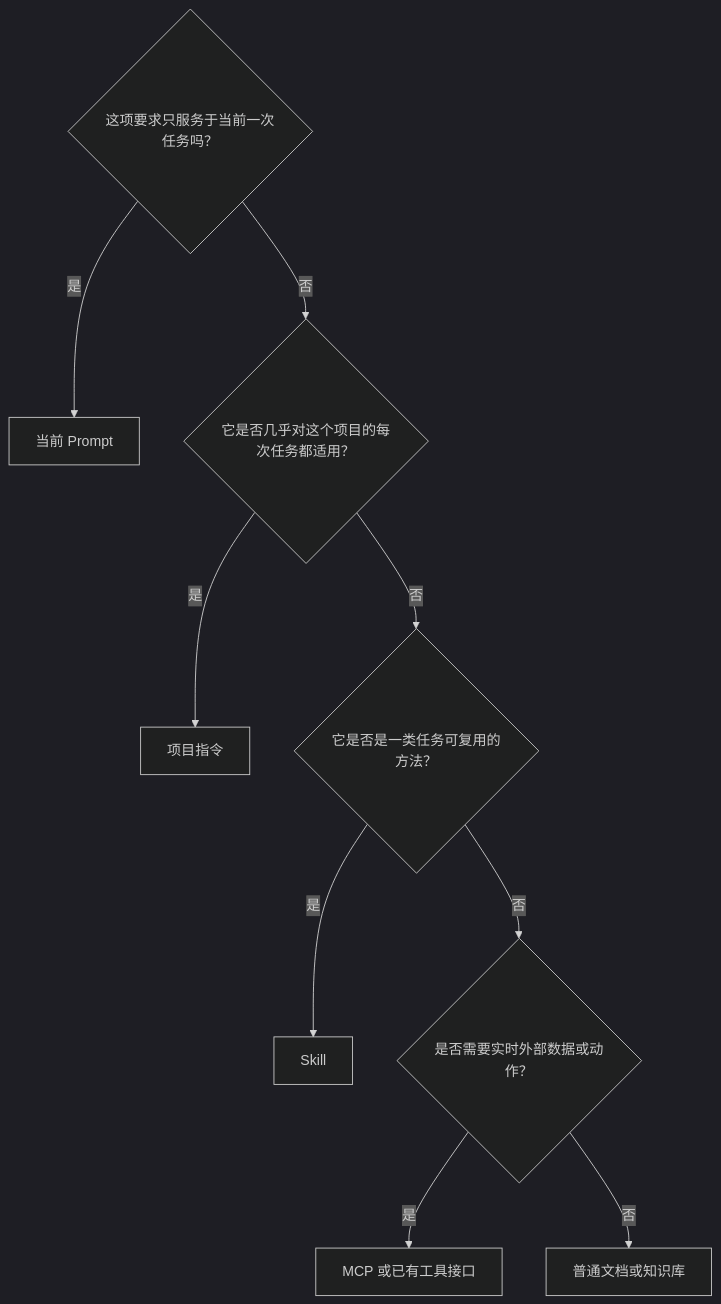
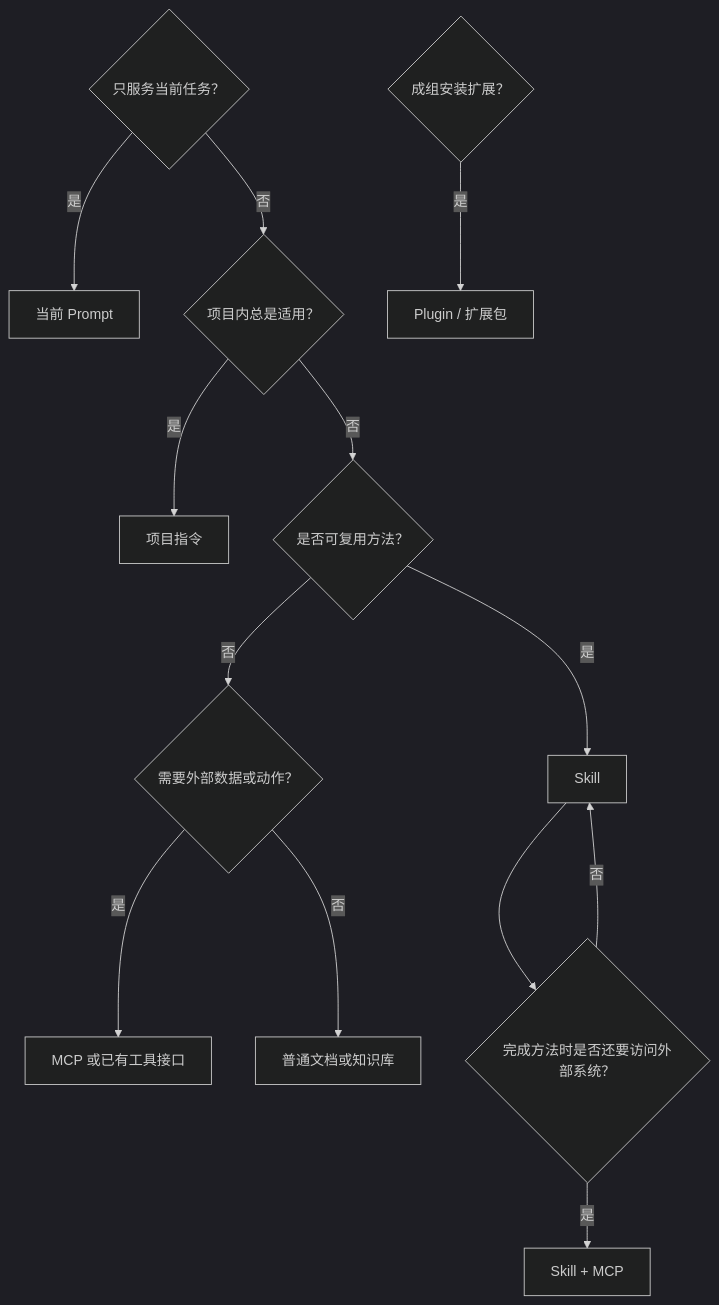
One commit to FoLaJJ/agent-systems-notes changed the seventh of 8 diagrams in docs/03-foundations.md. Above: the diagram before and after it, drawn with Mermaid (dark theme). The commit also changed other lines of this file and 13 other files, not shown here.

Commit message:
Refine Mermaid diagram layouts

````diff
--- a/docs/03-foundations.md
+++ b/docs/03-foundations.md
@@ -315,12 +299,16 @@
 ```mermaid
 flowchart TD
-    A{"这项要求只服务于当前一次任务吗？"}
+    A{"只服务当前任务？"}
     A -->|是| P["当前 Prompt"]
-    A -->|否| B{"它是否几乎对这个项目的每次任务都适用？"}
+    A -->|否| B{"项目内总是适用？"}
     B -->|是| I["项目指令"]
-    B -->|否| C{"它是否是一类任务可复用的方法？"}
+    B -->|否| C{"是否可复用方法？"}
     C -->|是| S["Skill"]
-    C -->|否| D{"是否需要实时外部数据或动作？"}
+    C -->|否| D{"需要外部数据或动作？"}
     D -->|是| M["MCP 或已有工具接口"]
     D -->|否| R["普通文档或知识库"]
+    S --> E{"完成方法时是否还要访问外部系统？"}
+    E -->|是| SM["Skill + MCP"]
+    E -->|否| S
+    F{"成组安装扩展？"} -->|是| G["Plugin / 扩展包"]
 ```
````
